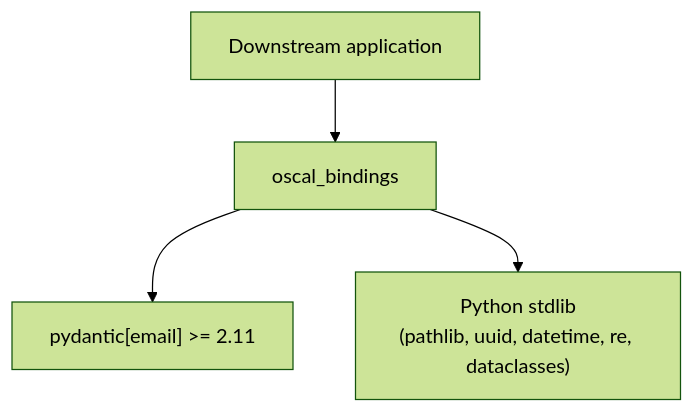
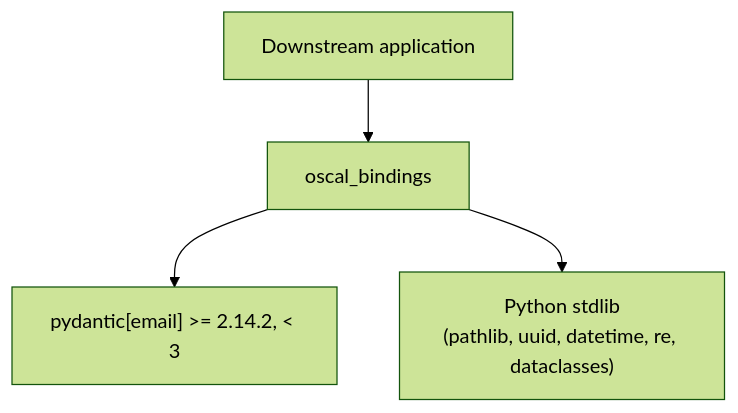
Before and after one commit to cairn-proofs/oscal-bindings-python: the diagram in .agents/summary/dependencies.md, drawn with Mermaid (forest theme). The commit also changed other lines of this file and 19 other files, not shown here.

````diff
--- a/.agents/summary/dependencies.md
+++ b/.agents/summary/dependencies.md
@@ -13,6 +13,6 @@
 ```mermaid
 graph TD
     APP["Downstream application"] --> OB["oscal_bindings"]
-    OB --> PYD["pydantic[email] >= 2.11"]
+    OB --> PYD["pydantic[email] >= 2.14.2, < 3"]
     OB --> STD["Python stdlib<br/>(pathlib, uuid, datetime, re, dataclasses)"]
 ```
````
